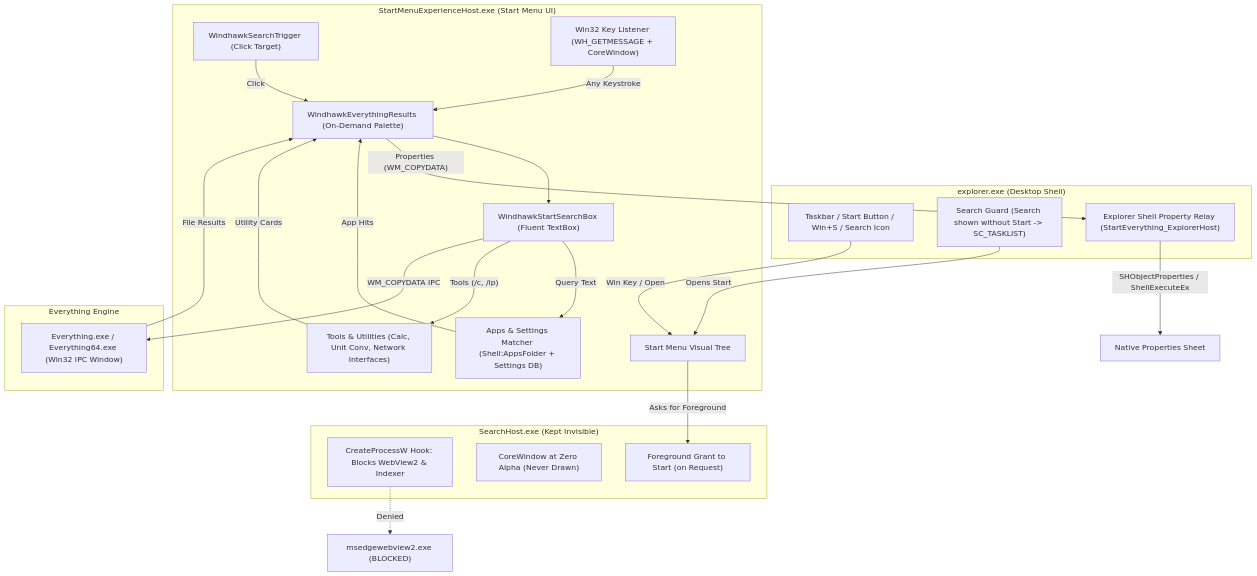
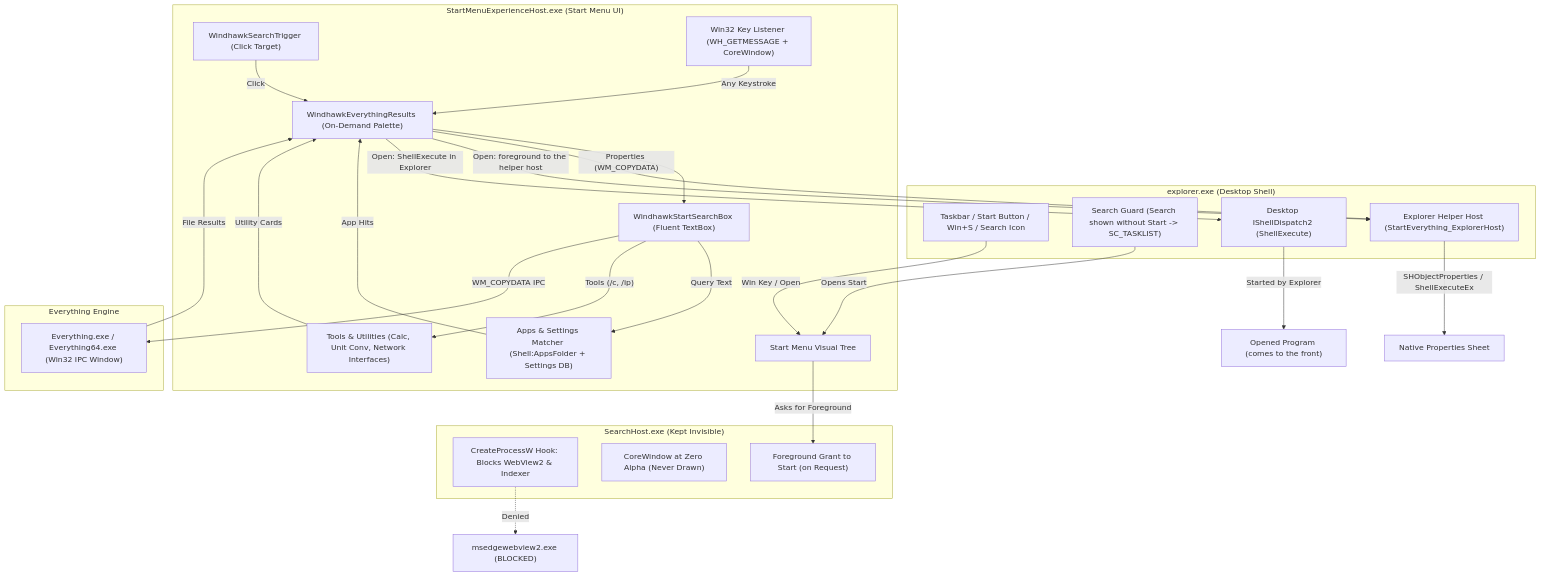
The diagram in README.md (bardelyne/start-everything), drawn with Mermaid before and after one commit. The commit also changed other lines of this file and 1 other file, not shown here.

First line of the commit message:
Readme: opening in front, Enter before the results, sharper icons

````diff
--- a/README.md
+++ b/README.md
@@ -34,46 +36,50 @@
 ```mermaid
 graph TD
     subgraph Explorer_Process ["explorer.exe (Desktop Shell)"]
         T["Taskbar / Start Button / Win+S / Search Icon"]
         GUARD["Search Guard (Search shown without Start -> SC_TASKLIST)"]
-        PROP["Explorer Shell Property Relay (StartEverything_ExplorerHost)"]
+        PROP["Explorer Helper Host (StartEverything_ExplorerHost)"]
+        SHD["Desktop IShellDispatch2 (ShellExecute)"]
     end
 
     subgraph Start_Menu ["StartMenuExperienceHost.exe (Start Menu UI)"]
         SM["Start Menu Visual Tree"]
         TRIG["WindhawkSearchTrigger (Click Target)"]
         PAL["WindhawkEverythingResults (On-Demand Palette)"]
         BOX["WindhawkStartSearchBox (Fluent TextBox)"]
         KL["Win32 Key Listener (WH_GETMESSAGE + CoreWindow)"]
         APPS["Apps & Settings Matcher (Shell:AppsFolder + Settings DB)"]
         TOOLS["Tools & Utilities (Calc, Unit Conv, Network Interfaces)"]
     end
 
     subgraph Search_Host ["SearchHost.exe (Kept Invisible)"]
         WV_HOOK["CreateProcessW Hook: Blocks WebView2 & Indexer"]
         HIDE["CoreWindow at Zero Alpha (Never Drawn)"]
         GRANT["Foreground Grant to Start (on Request)"]
     end
 
     subgraph Everything_Engine ["Everything Engine"]
         EV["Everything.exe / Everything64.exe (Win32 IPC Window)"]
     end
 
     T -->|"Win Key / Open"| SM
     KL -->|"Any Keystroke"| PAL
     TRIG -->|"Click"| PAL
     PAL --> BOX
     BOX -->|"Query Text"| APPS
     BOX -->|"Tools (/c, /ip)"| TOOLS
     BOX -->|"WM_COPYDATA IPC"| EV
     EV -->|"File Results"| PAL
     APPS -->|"App Hits"| PAL
     TOOLS -->|"Utility Cards"| PAL
 
     GUARD -->|"Opens Start"| SM
     SM -->|"Asks for Foreground"| GRANT
     PAL -->|"Properties (WM_COPYDATA)"| PROP
     PROP -->|"SHObjectProperties / ShellExecuteEx"| DESK["Native Properties Sheet"]
+    PAL -->|"Open: foreground to the helper host"| PROP
+    PAL -->|"Open: ShellExecute in Explorer"| SHD
+    SHD -->|"Started by Explorer"| PROG["Opened Program (comes to the front)"]
 
     WV_HOOK -.->|"Denied"| WV["msedgewebview2.exe (BLOCKED)"]
 ```
````
